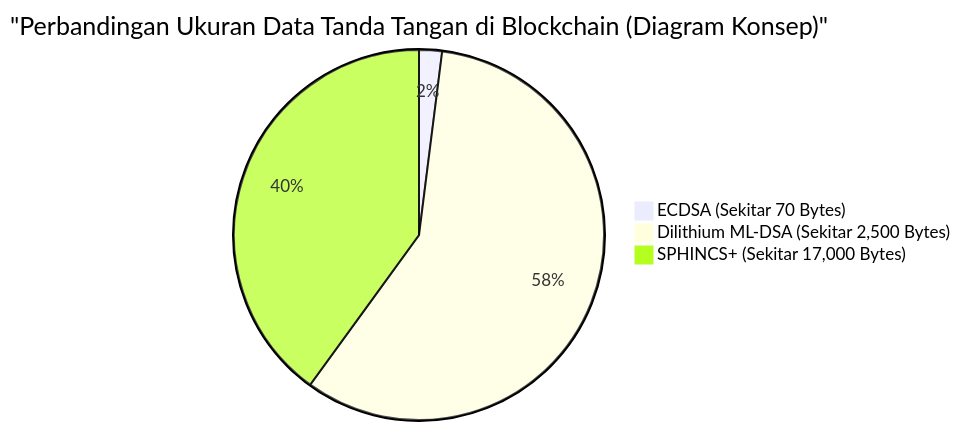
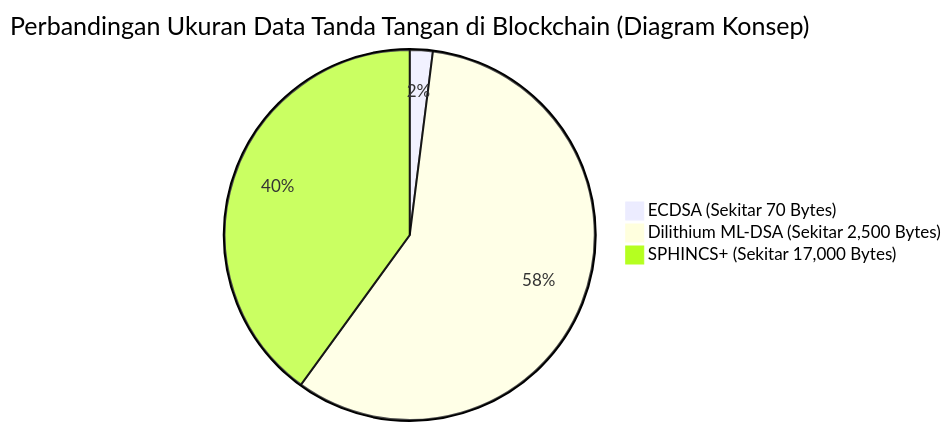
One commit to kenjinote/blog changed the third of 3 diagrams in content/post/ポスト量子時代のブロックチェーン/index.id.md. Above: the diagram before and after it, drawn with Mermaid. The commit also changed other lines of this file and 703 other files, not shown here.

Commit message:
Fix: Remove quotes from Mermaid link texts and timeline definitions to support Mermaid 11.4.1

````diff
--- a/content/post/ポスト量子時代のブロックチェーン/index.id.md
+++ b/content/post/ポスト量子時代のブロックチェーン/index.id.md
@@ -277,6 +277,6 @@
 ```mermaid
-pie title "Perbandingan Ukuran Data Tanda Tangan di Blockchain (Diagram Konsep)"
+pie title Perbandingan Ukuran Data Tanda Tangan di Blockchain (Diagram Konsep)
     "ECDSA (Sekitar 70 Bytes)" : 2
     "Dilithium ML-DSA (Sekitar 2,500 Bytes)" : 58
     "SPHINCS+ (Sekitar 17,000 Bytes)" : 40
 ```
````
